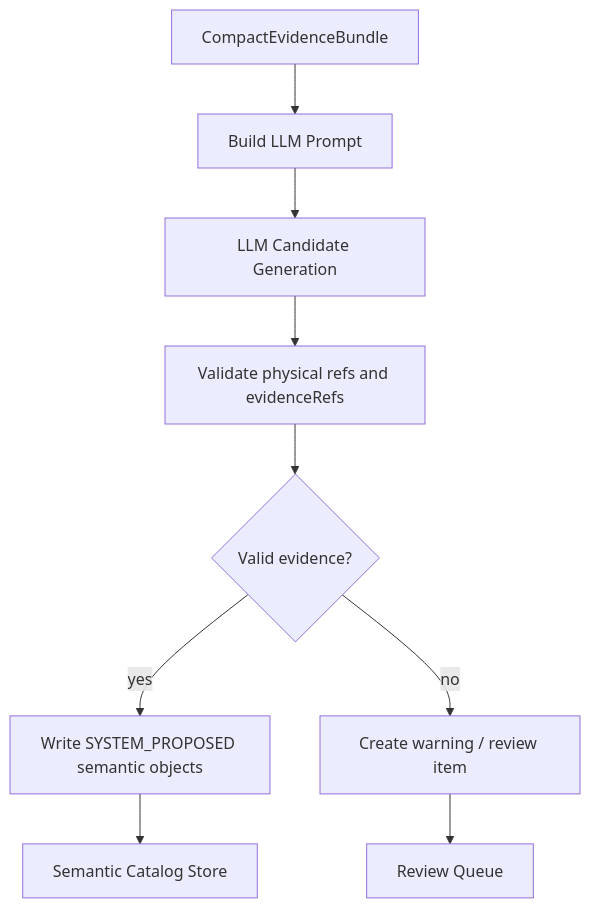
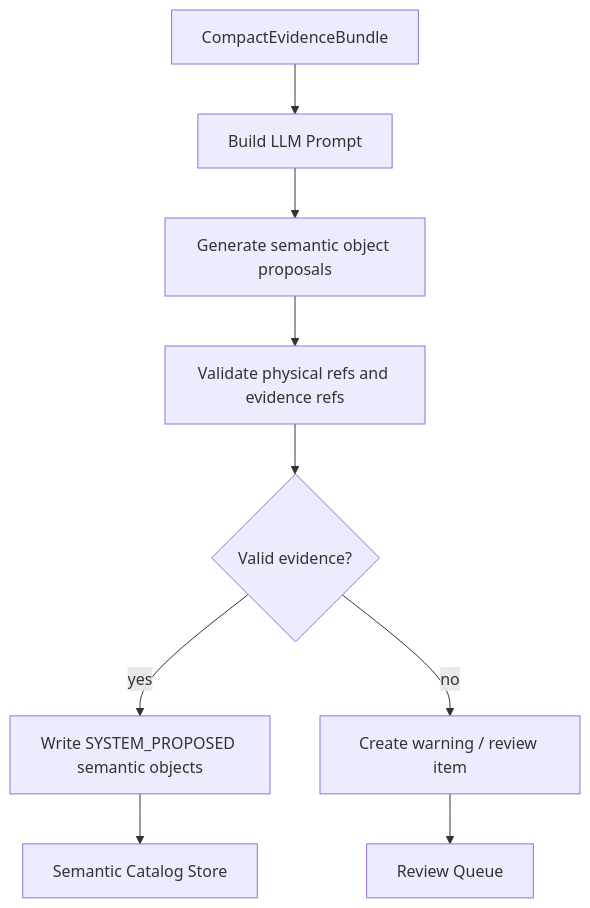
The second of 2 diagrams in docs/design/semantic-layer/03-llm-semantic-enricher.md (xiaoguang/relation-detector), drawn with Mermaid before and after one commit. The commit also changed other lines of this file and 14 other files, not shown here.

````diff
--- a/docs/design/semantic-layer/03-llm-semantic-enricher.md
+++ b/docs/design/semantic-layer/03-llm-semantic-enricher.md
@@ -168,11 +197,11 @@
 ```mermaid
 flowchart TD
   A["CompactEvidenceBundle"] --> B["Build LLM Prompt"]
-  B --> C["LLM Candidate Generation"]
-  C --> D["Validate physical refs and evidenceRefs"]
+  B --> C["Generate semantic object proposals"]
+  C --> D["Validate physical refs and evidence refs"]
   D --> E{"Valid evidence?"}
   E -- "yes" --> F["Write SYSTEM_PROPOSED semantic objects"]
   E -- "no" --> G["Create warning / review item"]
   F --> H["Semantic Catalog Store"]
   G --> I["Review Queue"]
 ```
````
